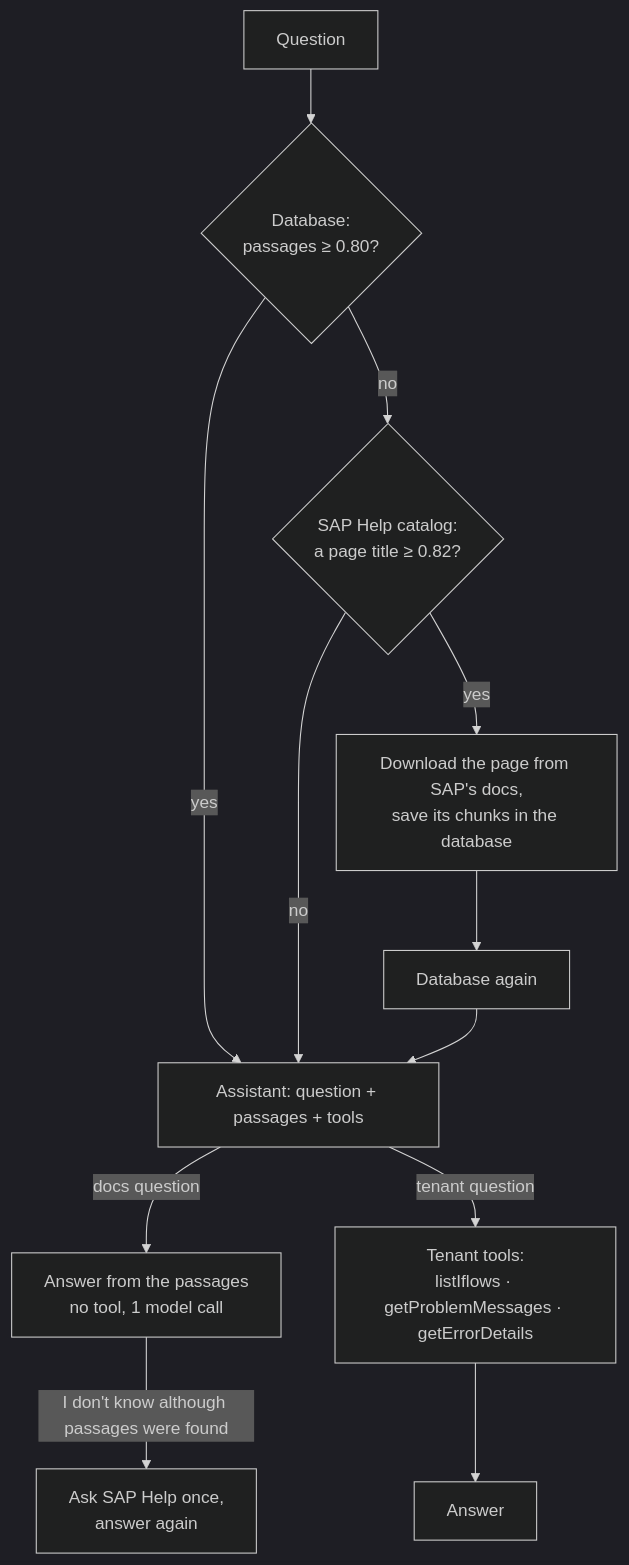
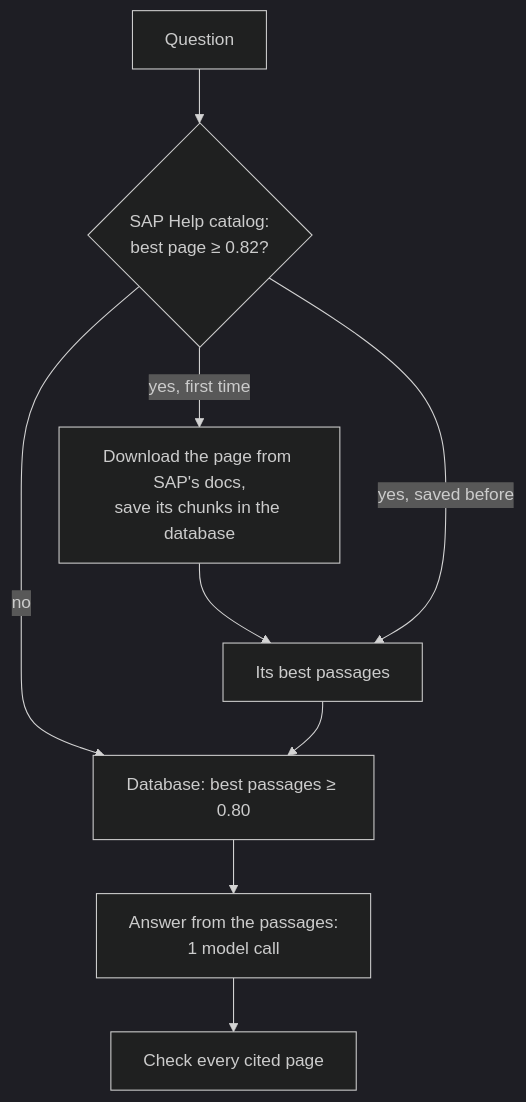
Before and after one commit to hhovhann/cpi-assistant: the diagram in README.md, drawn with Mermaid (dark theme). The commit also changed other lines of this file and 29 other files, not shown here.

First line of the commit message:
Step 20: simpler — the best page first, docs only, one model call

````diff
--- a/README.md
+++ b/README.md
@@ -17,11 +17,10 @@
 ```mermaid
 flowchart TB
-    Q[Question] --> DB{Database:<br/>passages ≥ 0.80?}
-    DB -- yes --> A[Assistant: question + passages + tools]
-    DB -- no --> CAT{SAP Help catalog:<br/>a page title ≥ 0.82?}
-    CAT -- no --> A
-    CAT -- yes --> DL[Download the page from SAP's docs,<br/>save its chunks in the database] --> DB2[Database again] --> A
-    A -- docs question --> ANS[Answer from the passages<br/>no tool, 1 model call]
-    A -- tenant question --> T[Tenant tools:<br/>listIflows · getProblemMessages · getErrorDetails] --> ANS2[Answer]
-    ANS -- "I don't know" although passages were found --> RETRY[Ask SAP Help once,<br/>answer again]
+    Q[Question] --> CAT{SAP Help catalog:<br/>best page ≥ 0.82?}
+    CAT -- "yes, first time" --> DL[Download the page from SAP's docs,<br/>save its chunks in the database] --> P[Its best passages]
+    CAT -- "yes, saved before" --> P
+    CAT -- no --> DB
+    P --> DB[Database: best passages ≥ 0.80]
+    DB --> A[Answer from the passages:<br/>1 model call]
+    A --> C[Check every cited page]
 ```
````
